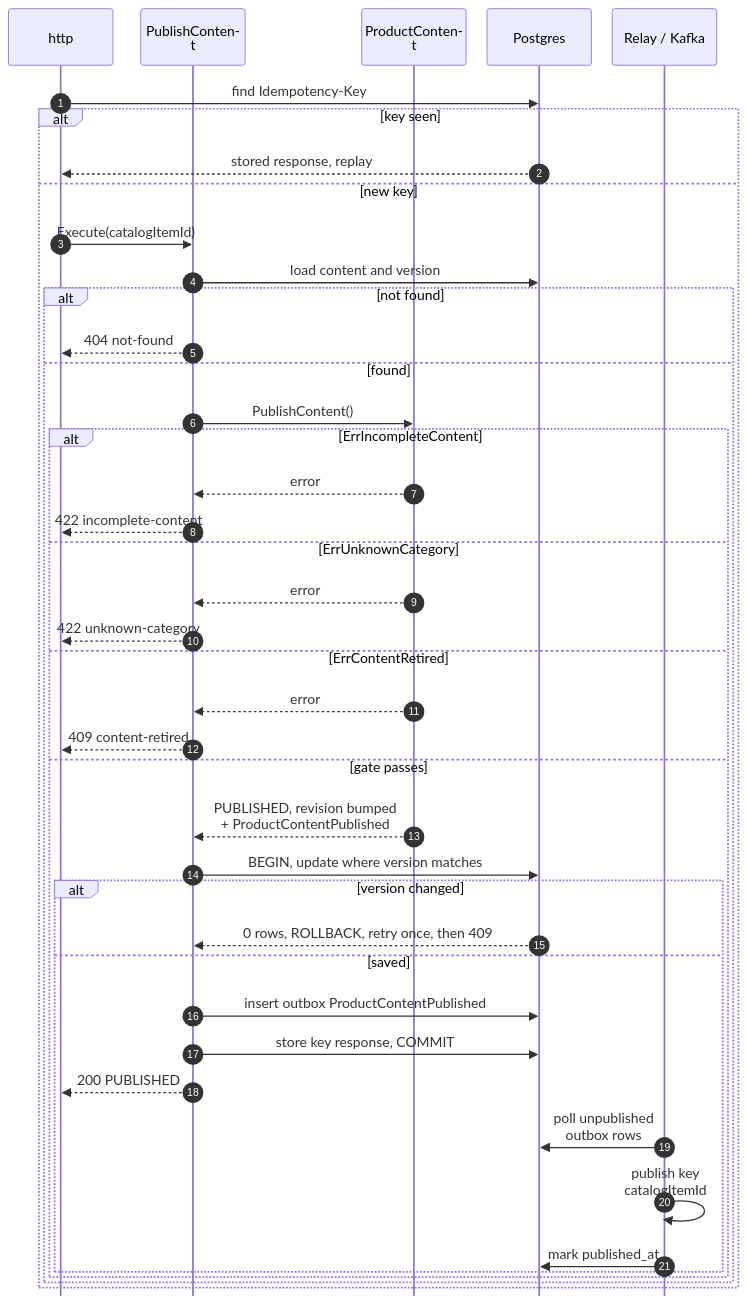
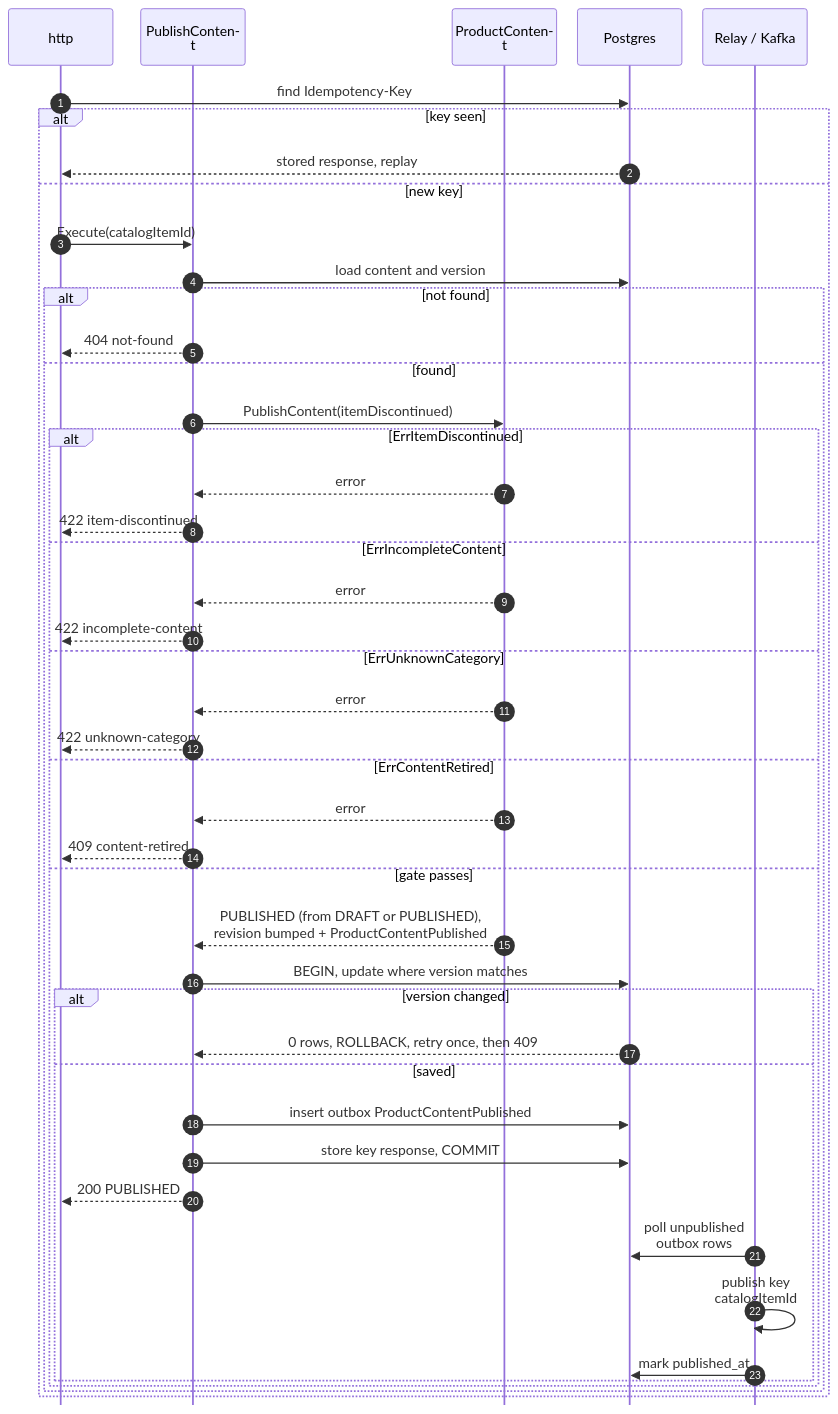
The third of 10 diagrams in storefront/docs/contexts/product-content/sequence-diagrams.md (IQVO/warehouse-docs), drawn with Mermaid before and after one commit. The commit also changed other lines of this file and 16 other files, not shown here.

Commit message:
docs(storefront): model-fix 4-5/7 - product-content, product-discovery, shopping-cart decisions applied; checkout model + events (24->26)

````diff
--- a/storefront/docs/contexts/product-content/sequence-diagrams.md
+++ b/storefront/docs/contexts/product-content/sequence-diagrams.md
@@ -131,45 +139,48 @@
 ```mermaid
 %%{init: {"sequence": {"wrap": true, "width": 120, "actorMargin": 24, "messageMargin": 28, "boxMargin": 6, "noteMargin": 6, "mirrorActors": false}}}%%
 sequenceDiagram
     autonumber
     participant H as http
     participant UC as PublishContent
     participant A as ProductContent
     participant DB as Postgres
     participant K as Relay / Kafka
     H->>DB: find Idempotency-Key
     alt key seen
         DB-->>H: stored response, replay
     else new key
         H->>UC: Execute(catalogItemId)
         UC->>DB: load content and version
         alt not found
             UC-->>H: 404 not-found
         else found
-            UC->>A: PublishContent()
-            alt ErrIncompleteContent
+            UC->>A: PublishContent(itemDiscontinued)
+            alt ErrItemDiscontinued
+                A-->>UC: error
+                UC-->>H: 422 item-discontinued
+            else ErrIncompleteContent
                 A-->>UC: error
                 UC-->>H: 422 incomplete-content
             else ErrUnknownCategory
                 A-->>UC: error
                 UC-->>H: 422 unknown-category
             else ErrContentRetired
                 A-->>UC: error
                 UC-->>H: 409 content-retired
             else gate passes
-                A-->>UC: PUBLISHED, revision bumped<br/>+ ProductContentPublished
+                A-->>UC: PUBLISHED (from DRAFT or PUBLISHED),<br/>revision bumped + ProductContentPublished
                 UC->>DB: BEGIN, update where version matches
                 alt version changed
                     DB-->>UC: 0 rows, ROLLBACK, retry once, then 409
                 else saved
                     UC->>DB: insert outbox ProductContentPublished
                     UC->>DB: store key response, COMMIT
                     UC-->>H: 200 PUBLISHED
                     K->>DB: poll unpublished outbox rows
                     K->>K: publish key catalogItemId
                     K->>DB: mark published_at
                 end
             end
         end
     end
 ```
````
